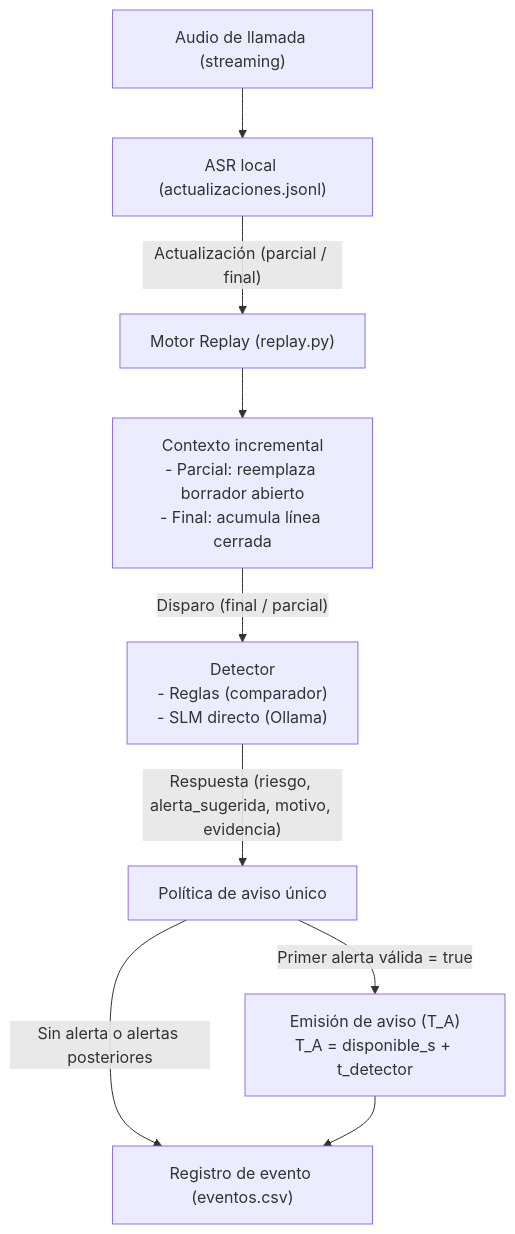
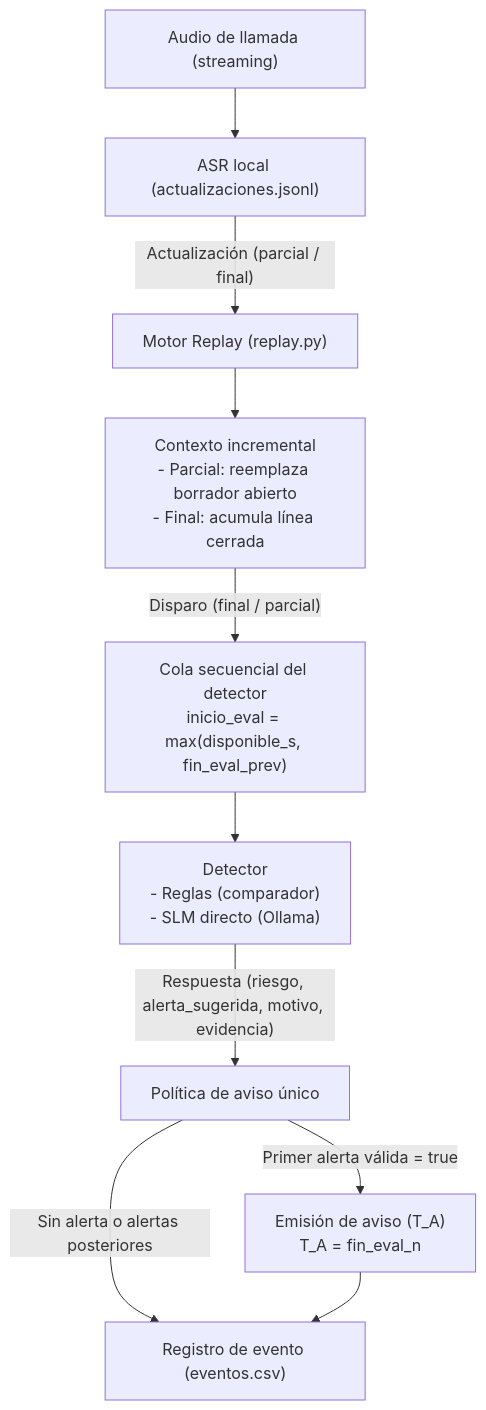
One commit to Corchets/bitacora_tesis changed the diagram in experiments/replay/README.md. Above: the diagram before and after it, drawn with Mermaid. The commit also changed other lines of this file and 7 other files, not shown here.

Commit message:
fix(replay): incorporar cola secuencial del detector y renombrar llamada a FICTICIO-01 (#28)

````diff
--- a/experiments/replay/README.md
+++ b/experiments/replay/README.md
@@ -13,11 +13,12 @@
 ```mermaid
 flowchart TD
     Audio["Audio de llamada (streaming)"] --> ASR["ASR local (actualizaciones.jsonl)"]
     ASR -->|"Actualización (parcial / final)"| Replay["Motor Replay (replay.py)"]
     Replay --> Contexto["Contexto incremental<br/>- Parcial: reemplaza borrador abierto<br/>- Final: acumula línea cerrada"]
-    Contexto -->|"Disparo (final / parcial)"| Detector["Detector<br/>- Reglas (comparador)<br/>- SLM directo (Ollama)"]
+    Contexto -->|"Disparo (final / parcial)"| Cola["Cola secuencial del detector<br/>inicio_eval = max(disponible_s, fin_eval_prev)"]
+    Cola --> Detector["Detector<br/>- Reglas (comparador)<br/>- SLM directo (Ollama)"]
     Detector -->|"Respuesta (riesgo, alerta_sugerida, motivo, evidencia)"| Politica["Política de aviso único"]
-    Politica -->|"Primer alerta válida = true"| Aviso["Emisión de aviso (T_A)<br/>T_A = disponible_s + t_detector"]
+    Politica -->|"Primer alerta válida = true"| Aviso["Emisión de aviso (T_A)<br/>T_A = fin_eval_n"]
     Politica -->|"Sin alerta o alertas posteriores"| Registro["Registro de evento (eventos.csv)"]
     Aviso --> Registro
 ```
````
